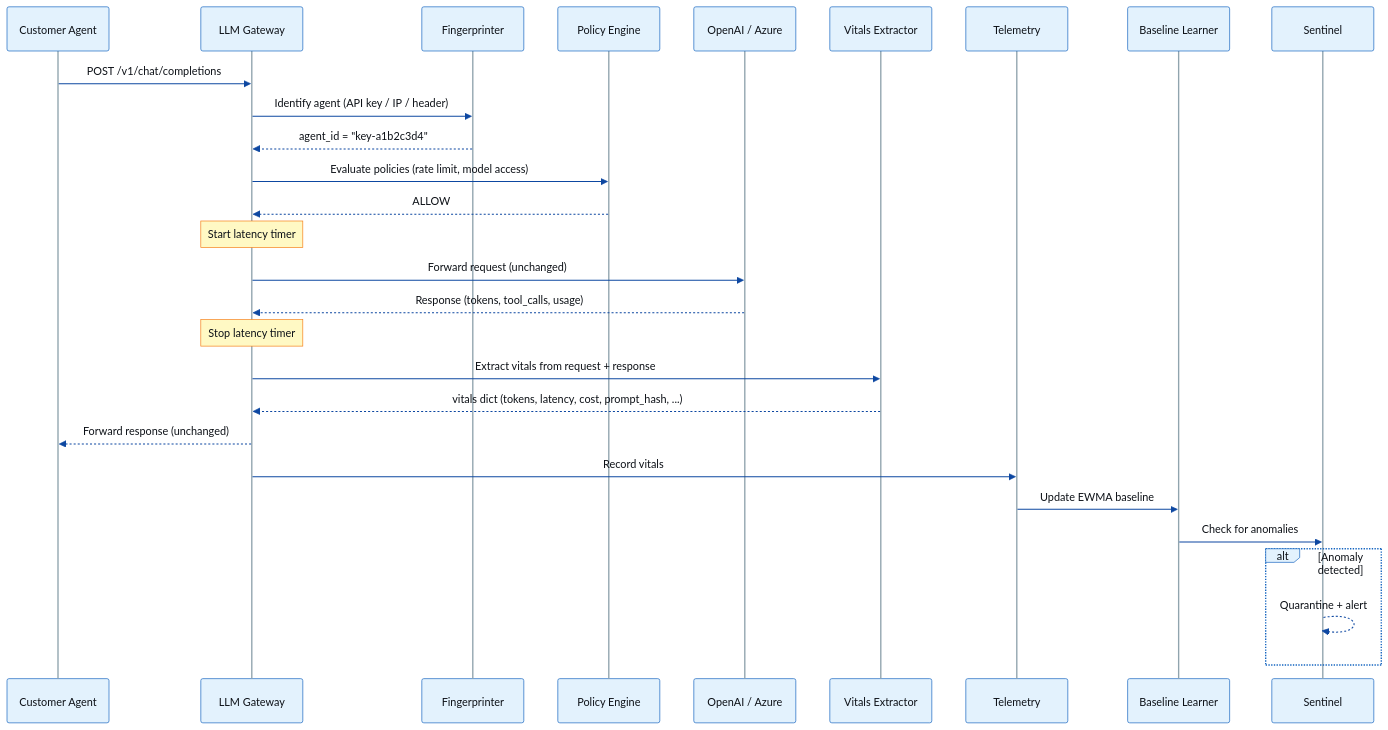
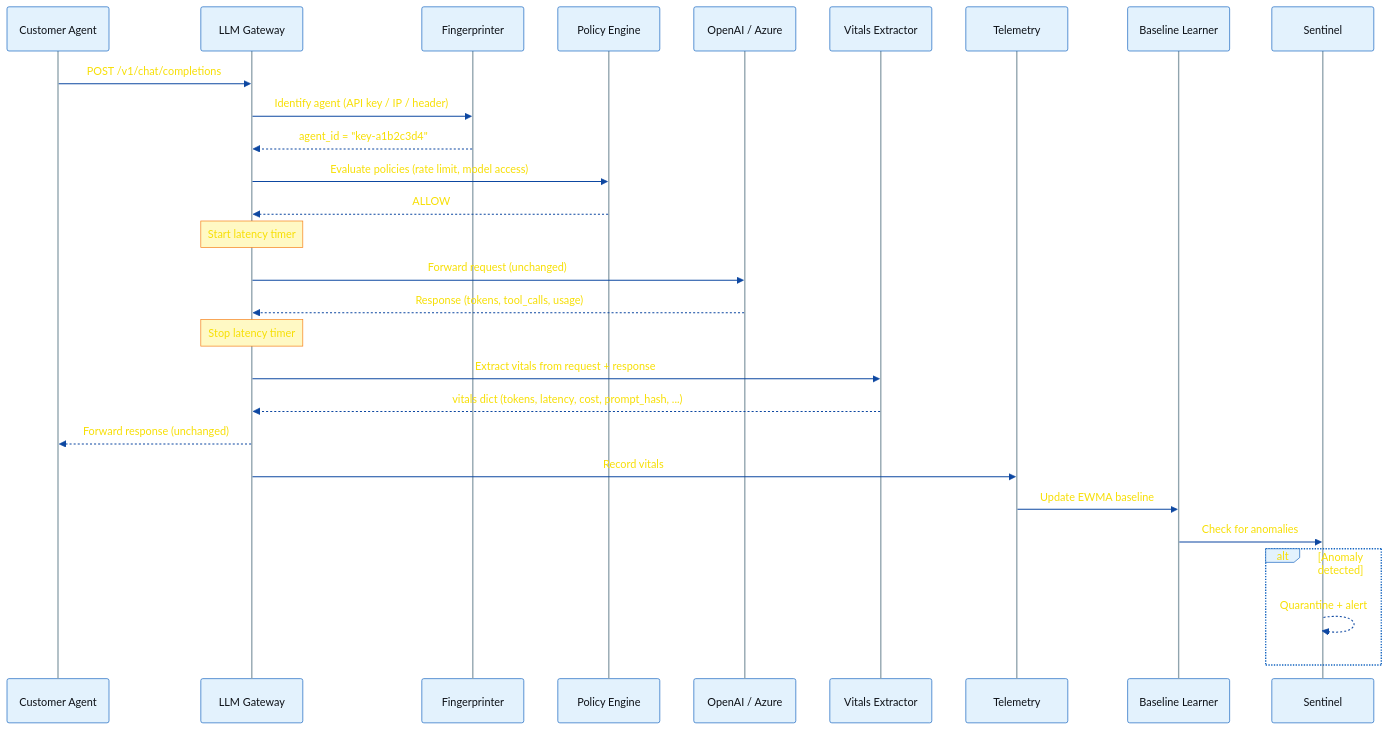
The sixth of 6 diagrams in docs/GATEWAY_ARCHITECTURE_DECISION.md (sanjaybommalene/ai-agent-immune-system), drawn with Mermaid before and after one commit. The commit also changed 1 other file, not shown here.

Commit message:
Changed color combination for better view

````diff
--- a/docs/GATEWAY_ARCHITECTURE_DECISION.md
+++ b/docs/GATEWAY_ARCHITECTURE_DECISION.md
@@ -336,37 +336,37 @@
 ```mermaid
-%%{init: {'theme': 'base', 'themeVariables': {'background': '#fafafa', 'mainBkg': '#fafafa', 'actorTextColor': '#0d1117', 'actorBkg': '#e3f2fd', 'actorBorder': '#1565c0', 'actorLineColor': '#90a4ae', 'signalColor': '#0d47a1', 'signalTextColor': '#0d1117', 'labelTextColor': '#0d1117', 'loopTextColor': '#0d1117', 'noteBkgColor': '#fff9c4', 'noteTextColor': '#0d1117', 'noteBorderColor': '#f57f17', 'activationBkgColor': '#f5f5f5', 'activationBorderColor': '#90a4ae', 'sequenceNumberColor': '#ffffff'}}}%%
+%%{init: {'theme': 'base', 'themeVariables': {'background': '#fafafa', 'mainBkg': '#fafafa', 'actorTextColor': '#0d1117', 'actorBkg': '#e3f2fd', 'actorBorder': '#1565c0', 'actorLineColor': '#90a4ae', 'signalColor': '#0d47a1', 'signalTextColor': '#f7df05', 'labelTextColor': '#f7df05', 'loopTextColor': '#f7df05', 'noteBkgColor': '#fff9c4', 'noteTextColor': '#f7df05', 'noteBorderColor': '#f57f17', 'activationBkgColor': '#f5f5f5', 'activationBorderColor': '#90a4ae', 'sequenceNumberColor': '#ffffff'}}}%%
 sequenceDiagram
     participant Agent as Customer Agent
     participant GW as LLM Gateway
     participant FP as Fingerprinter
     participant POL as Policy Engine
     participant LLM as OpenAI / Azure
     participant EXT as Vitals Extractor
     participant TEL as Telemetry
     participant BL as Baseline Learner
     participant DET as Sentinel
 
     Agent->>GW: POST /v1/chat/completions
     GW->>FP: Identify agent (API key / IP / header)
     FP-->>GW: agent_id = "key-a1b2c3d4"
     GW->>POL: Evaluate policies (rate limit, model access)
     POL-->>GW: ALLOW
 
     Note over GW: Start latency timer
 
     GW->>LLM: Forward request (unchanged)
     LLM-->>GW: Response (tokens, tool_calls, usage)
 
     Note over GW: Stop latency timer
 
     GW->>EXT: Extract vitals from request + response
     EXT-->>GW: vitals dict (tokens, latency, cost, prompt_hash, ...)
     GW-->>Agent: Forward response (unchanged)
 
     GW->>TEL: Record vitals
     TEL->>BL: Update EWMA baseline
     BL->>DET: Check for anomalies
     alt Anomaly detected
         DET-->>DET: Quarantine + alert
     end
 ```
````
